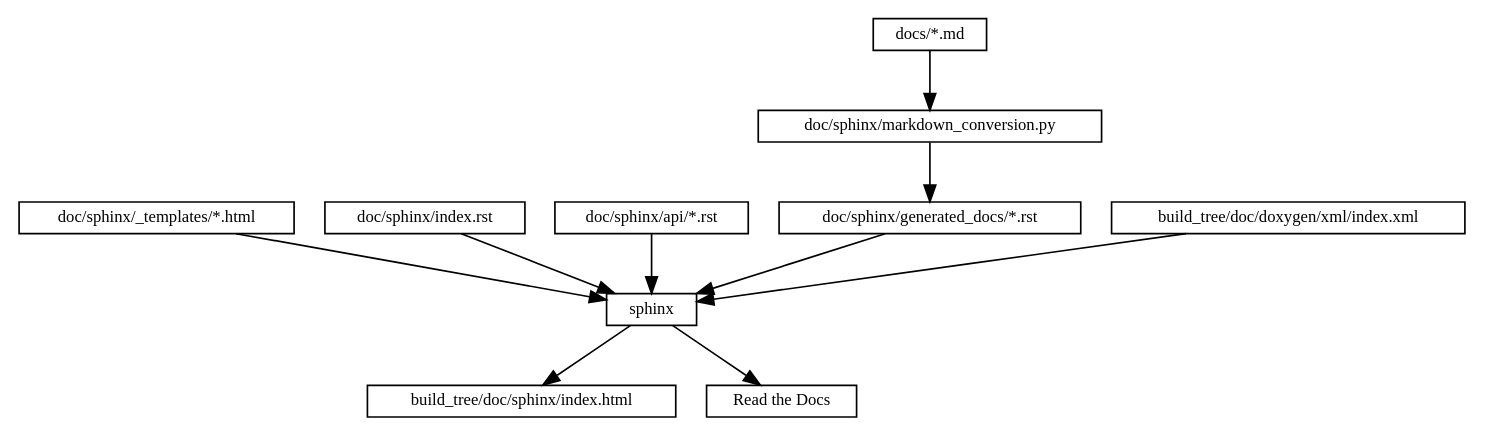
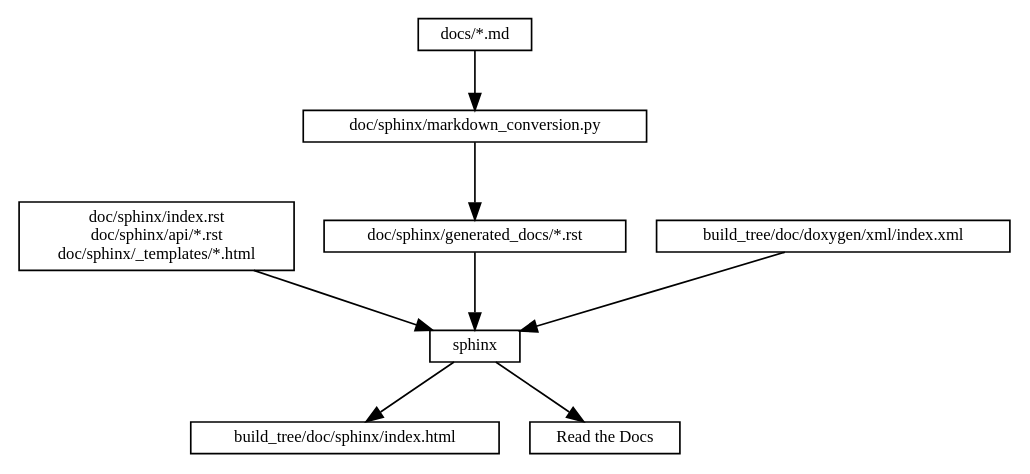
The diagram in doc/images/source/sphinx_flow.dot (approvals/ApprovalTests.cpp), drawn with Graphviz before and after one commit. The commit also changed 1 other file, not shown here.

```diff
--- a/doc/images/source/sphinx_flow.dot
+++ b/doc/images/source/sphinx_flow.dot
@@ -1,31 +1,25 @@
 digraph doxygen_flow {
     rankdir = "TB"
     node [fontsize = 10, shape = box, height = 0.25]
     edge [fontsize = 10]
 
     "sphinx"
 
-    "templates" [label = "doc/sphinx/_templates/*.html"]
-    "templates" -> "sphinx"
-
-    "source_rst" [label = "doc/sphinx/index.rst"]
+    "source_rst" [label = "doc/sphinx/index.rst\ndoc/sphinx/api/*.rst\ndoc/sphinx/_templates/*.html"]
     "source_rst" -> "sphinx"
-
-    "api_rst" [label = "doc/sphinx/api/*.rst"]
-    "api_rst" -> "sphinx"
 
     "docs_md" [label = "docs/*.md"]
     "markdown_conversion_py" [label = "doc/sphinx/markdown_conversion.py"]
     "generated_rst" [label = "doc/sphinx/generated_docs/*.rst"]
     "docs_md" -> "markdown_conversion_py" -> "generated_rst"
     "generated_rst" -> "sphinx"
 
     "index.xml" [label = "build_tree/doc/doxygen/xml/index.xml"]
     "index.xml" -> "sphinx"
 
     "sphinx_output" [label = "build_tree/doc/sphinx/index.html"]
     "sphinx" -> "sphinx_output"
 
     "read_the_docs" [label = "Read the Docs"]
     "sphinx" -> "read_the_docs"
 }
```
